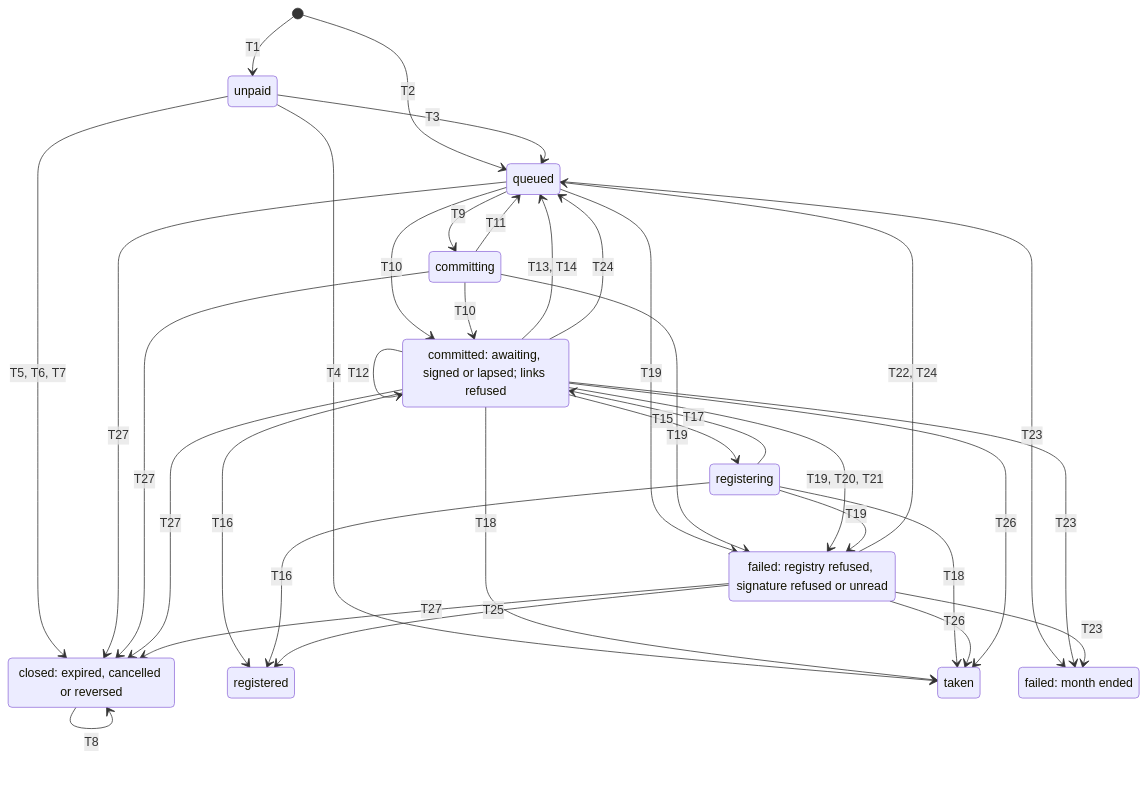
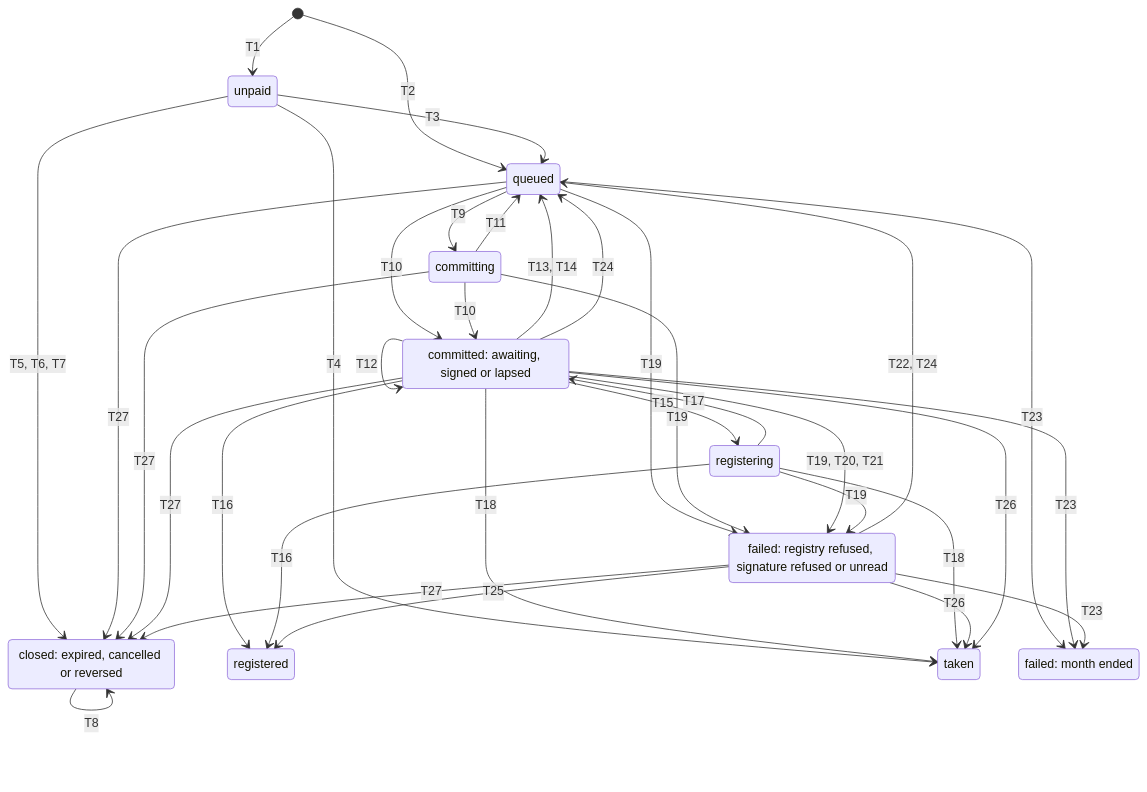
Diagram 16 of 16 in apps/simplex-store-service/docs/names.md (simplex-chat/simplex-chat), drawn with Mermaid before and after one commit. The commit also changed other lines of this file and 21 other files, not shown here.

````diff
--- a/apps/simplex-store-service/docs/names.md
+++ b/apps/simplex-store-service/docs/names.md
@@ -725,47 +725,47 @@
 ```mermaid
 stateDiagram-v2
   state "unpaid" as unpaid
   state "closed: expired, cancelled or reversed" as closed
   state "queued" as queued
   state "committing" as committing
-  state "committed: awaiting, signed or lapsed; links refused" as committed
+  state "committed: awaiting, signed or lapsed" as committed
   state "registering" as registering
   state "registered" as registered
   state "taken" as taken
   state "failed: registry refused, signature refused or unread" as failed
   state "failed: month ended" as monthEnded
   [*] --> unpaid: T1
   [*] --> queued: T2
   unpaid --> queued: T3
   unpaid --> taken: T4
   unpaid --> closed: T5, T6, T7
   closed --> closed: T8
   queued --> committing: T9
   queued --> committed: T10
   committing --> committed: T10
   committing --> queued: T11
   committed --> committed: T12
   committed --> queued: T13, T14
   committed --> registering: T15
   committed --> registered: T16
   registering --> registered: T16
   registering --> committed: T17
   committed --> taken: T18
   registering --> taken: T18
   queued --> failed: T19
   committing --> failed: T19
   committed --> failed: T19, T20, T21
   registering --> failed: T19
   failed --> queued: T22, T24
   failed --> registered: T25
   queued --> monthEnded: T23
   committed --> monthEnded: T23
   failed --> monthEnded: T23
   committed --> queued: T24
   failed --> taken: T26
   committed --> taken: T26
   queued --> closed: T27
   committing --> closed: T27
   committed --> closed: T27
   failed --> closed: T27
 ```
````
